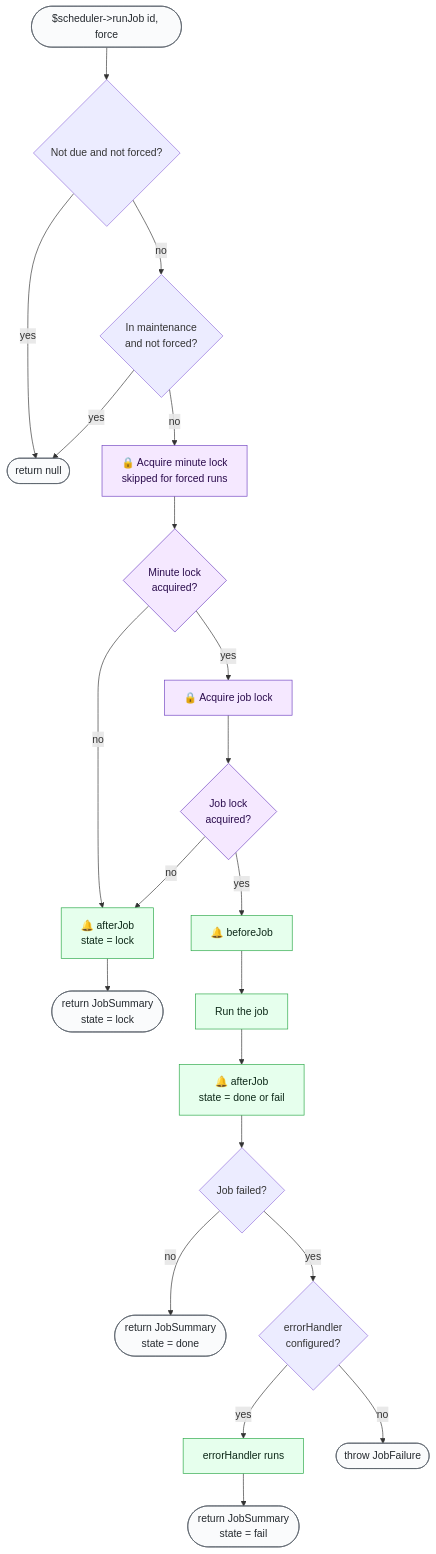
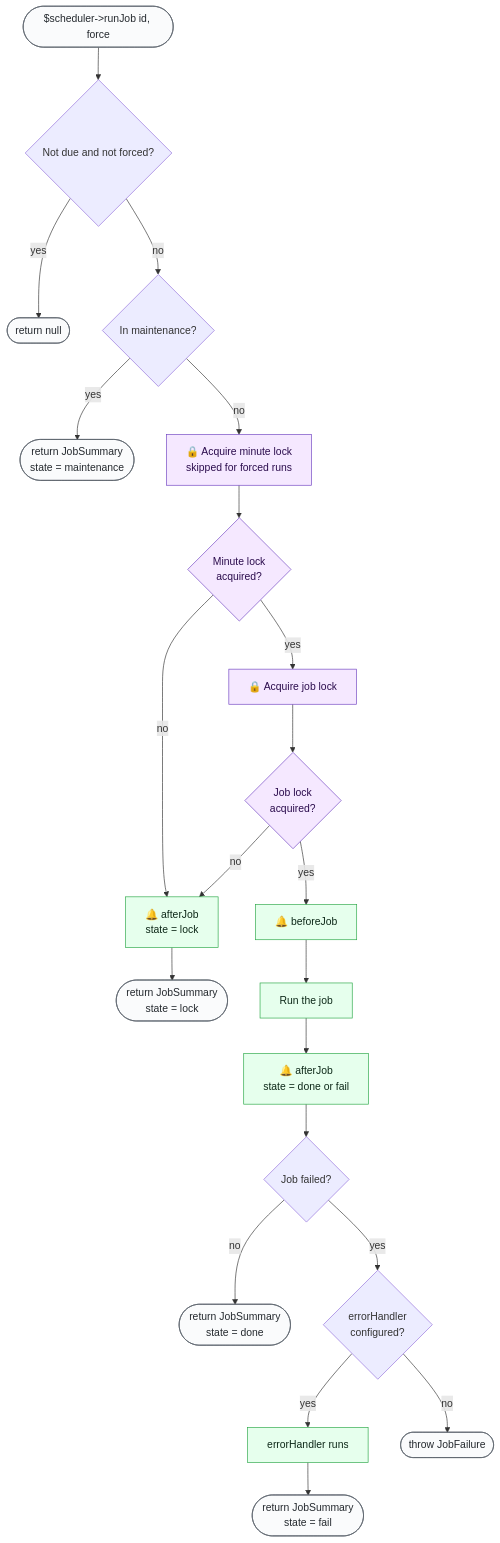
Before and after one commit to orisai/scheduler: the second of 3 diagrams in docs/README.md, drawn with Mermaid. The commit also changed other lines of this file and 13 other files, not shown here.

Commit message:
Single job run: respects maintenance run, JobInfo's isForcedRun() renamed to isManualRun()

````diff
--- a/docs/README.md
+++ b/docs/README.md
@@ -883,30 +884,30 @@
 ```mermaid
 flowchart TD
 	Start([$scheduler-&gt;runJob id, force]) --> DueCheck{Not due and not forced?}
 	DueCheck -- yes --> RetNull([return null])
-	DueCheck -- no --> MaintCheck{In maintenance<br/>and not forced?}
-	MaintCheck -- yes --> RetNull
+	DueCheck -- no --> MaintCheck{In maintenance?}
+	MaintCheck -- yes --> RetMaint([return JobSummary<br/>state = maintenance])
 	MaintCheck -- no --> MinLock[🔒 Acquire minute lock<br/>skipped for forced runs]
 	MinLock --> MinLockOk{Minute lock<br/>acquired?}
 	MinLockOk -- no --> LockEvent[🔔 afterJob<br/>state = lock]
 	LockEvent --> RetLock([return JobSummary<br/>state = lock])
 	MinLockOk -- yes --> JobLock[🔒 Acquire job lock]
 	JobLock --> JobLockOk{Job lock<br/>acquired?}
 	JobLockOk -- no --> LockEvent
 	JobLockOk -- yes --> BeforeJob[🔔 beforeJob]
 	BeforeJob --> Run[Run the job]
 	Run --> AfterJob[🔔 afterJob<br/>state = done or fail]
 	AfterJob --> FailCheck{Job failed?}
 	FailCheck -- no --> RetOk([return JobSummary<br/>state = done])
 	FailCheck -- yes --> ErrHandler{errorHandler<br/>configured?}
 	ErrHandler -- yes --> HandleErr[errorHandler runs]
 	HandleErr --> RetFail([return JobSummary<br/>state = fail])
 	ErrHandler -- no --> ThrowJF([throw JobFailure])
 
 	classDef lock fill:#f5e8ff,stroke:#6f42c1,color:#2b0c4d
 	classDef event fill:#e6ffed,stroke:#28a745,color:#0d2818
 	classDef terminal fill:#fafbfc,stroke:#586069,color:#24292e
-	class Start,RetNull,RetLock,RetOk,RetFail,ThrowJF terminal
+	class Start,RetNull,RetMaint,RetLock,RetOk,RetFail,ThrowJF terminal
 	class MinLock,MinLockOk,JobLock,JobLockOk lock
 	class LockEvent,BeforeJob,Run,AfterJob,HandleErr event
 ```
````
